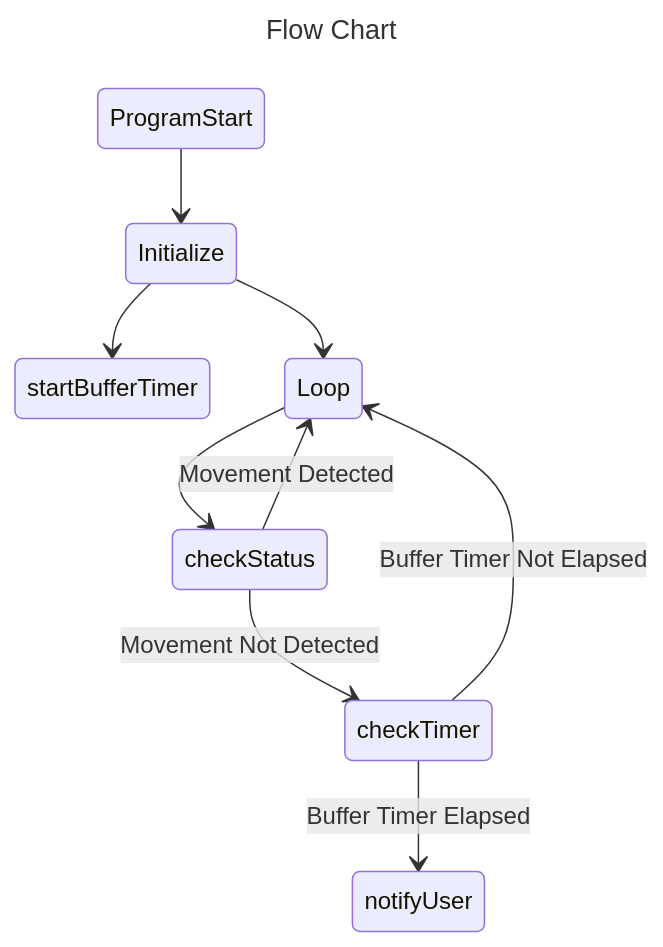
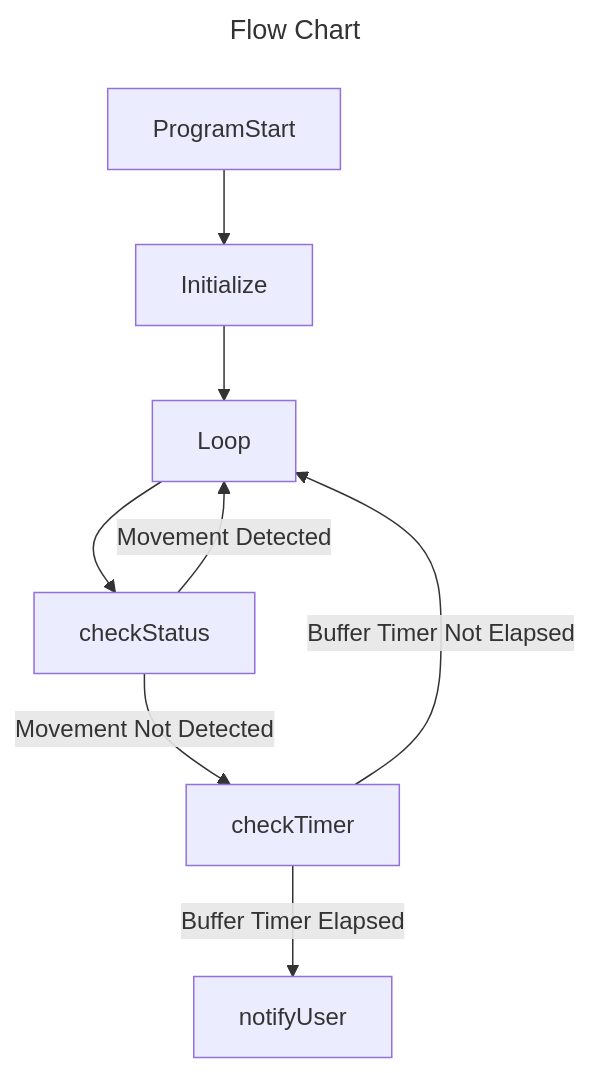
Before and after one commit to bczuniga/CS530-Laundry-Timer: the second of 2 diagrams in UML Diagram.md, drawn with Mermaid.

Commit message:
Added Flowchart

````diff
--- a/UML Diagram.md
+++ b/UML Diagram.md
@@ -43,16 +43,15 @@
 ```mermaid
 ---
 title: Flow Chart
 ---
-stateDiagram-v2
+flowchart
     ProgramStart --> Initialize
-    Initialize --> startBufferTimer
     Initialize --> Loop
     Loop --> checkStatus
-    checkStatus --> Loop : Movement Detected
-    checkStatus --> checkTimer : Movement Not Detected
+    checkStatus --Movement Detected--> Loop
+    checkStatus --Movement Not Detected--> checkTimer
     
-    checkTimer --> Loop : Buffer Timer Not Elapsed
-    checkTimer --> notifyUser : Buffer Timer Elapsed
+    checkTimer --Buffer Timer Not Elapsed--> Loop
+    checkTimer --Buffer Timer Elapsed--> notifyUser
     
 ```
````
